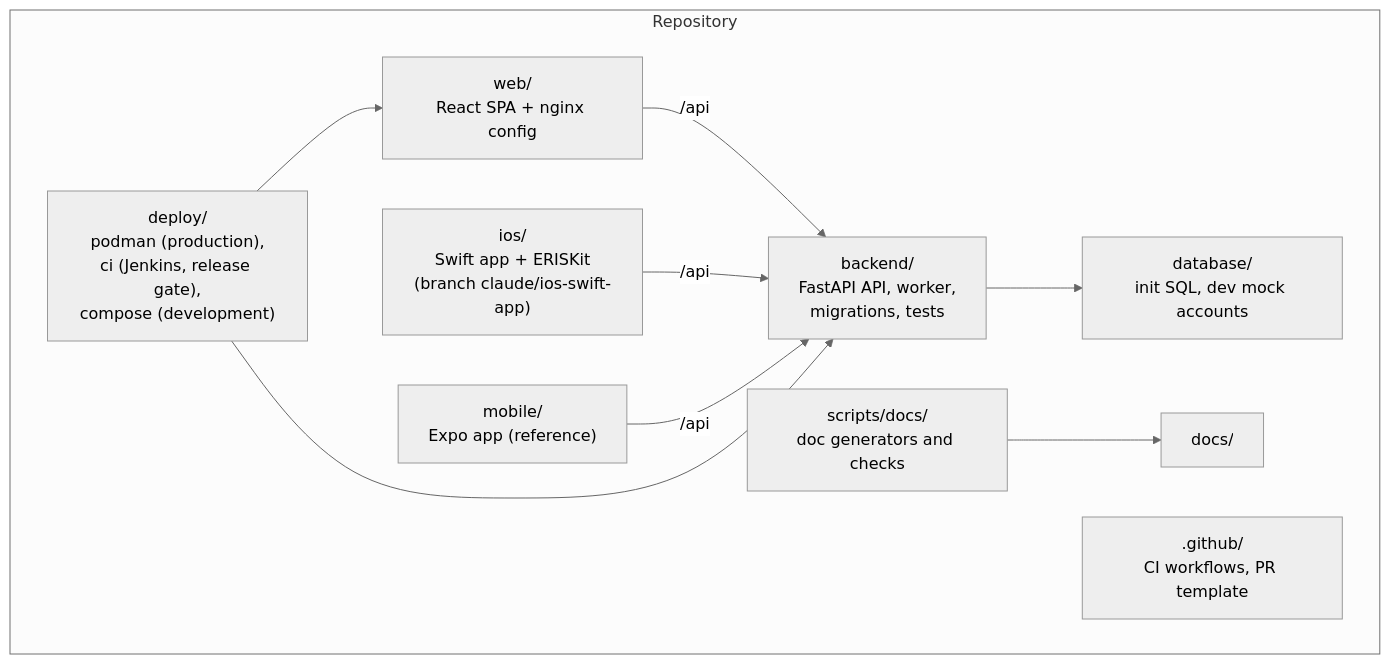
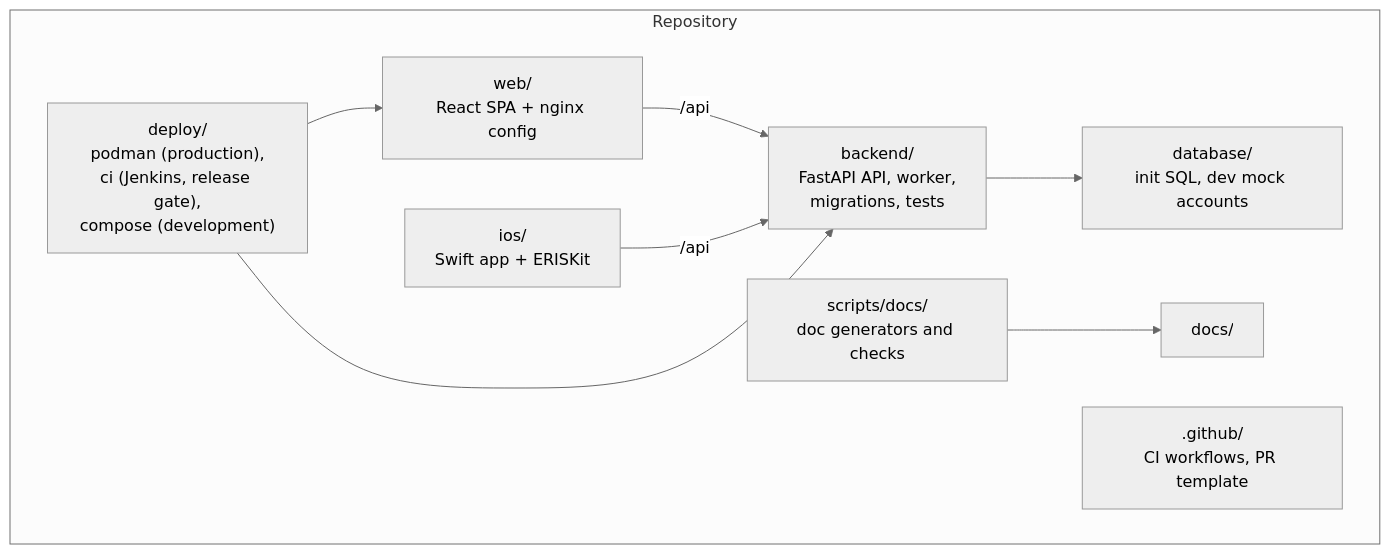
One commit to Alexeitor292/ERIS_REACT_native changed the second of 2 diagrams in docs/development/README.md. Above: the diagram before and after it, drawn with Mermaid (neutral theme). The commit also changed other lines of this file and 338 other files, not shown here.

````diff
--- a/docs/development/README.md
+++ b/docs/development/README.md
@@ -44,21 +43,19 @@
 ```mermaid
 flowchart TB
     subgraph repo["Repository"]
         backend["backend/<br/>FastAPI API, worker,<br/>migrations, tests"]
         web["web/<br/>React SPA + nginx config"]
-        ios["ios/<br/>Swift app + ERISKit<br/>(branch claude/ios-swift-app)"]
-        mobile["mobile/<br/>Expo app (reference)"]
+        ios["ios/<br/>Swift app + ERISKit"]
         database["database/<br/>init SQL, dev mock accounts"]
         deploy["deploy/<br/>podman (production),<br/>ci (Jenkins, release gate),<br/>compose (development)"]
         scripts["scripts/docs/<br/>doc generators and checks"]
         docs["docs/"]
         gh[".github/<br/>CI workflows, PR template"]
     end
     web -->|"/api"| backend
     ios -->|"/api"| backend
-    mobile -->|"/api"| backend
     backend --> database
     deploy --> backend
     deploy --> web
     scripts --> docs
 ```
````
